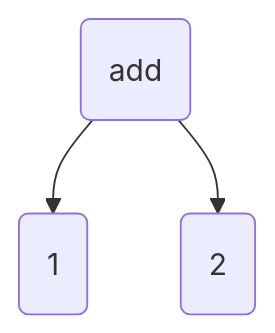
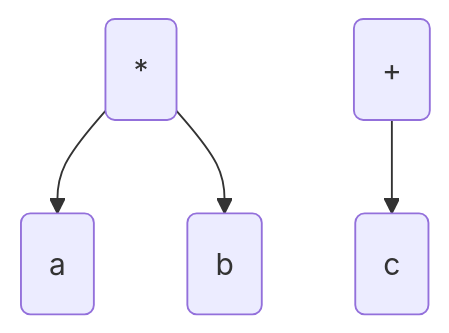
Before and after one commit to pengvyn/kavpix-code: diagram 19 of 49 in src/essays/number-tree/essay.md, drawn with Mermaid. The commit also changed other lines of this file and 1 other file, not shown here.

````diff
--- a/src/essays/number-tree/essay.md
+++ b/src/essays/number-tree/essay.md
@@ -167,5 +330,6 @@
 ```mermaid
     graph TD;
-        add(add) --> 1(1);
-        add --> 2(2);
+        mul(*) --> a(a)
+        mul(*) --> b(b)
+        add(+) --> c(c)
 ```
````
